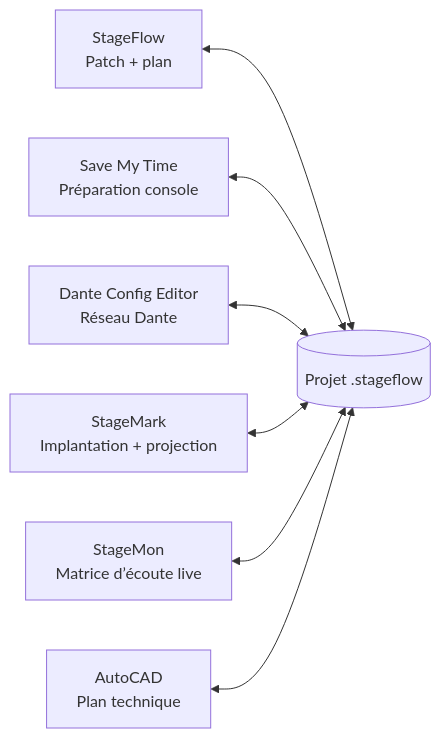
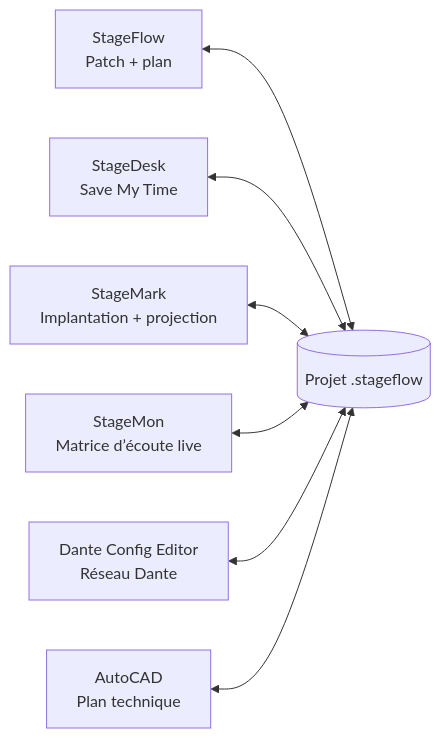
One commit to Mamat79/StageMark changed the diagram in README.md. Above: the diagram before and after it, drawn with Mermaid. The commit also changed other lines of this file and 5 other files, not shown here.

```diff
--- a/README.md
+++ b/README.md
@@ -114,9 +116,9 @@
 ~~~mermaid
 flowchart LR
     SF["StageFlow<br/>Patch + plan"] <--> P[("Projet .stageflow")]
-    SMT["Save My Time<br/>Préparation console"] <--> P
-    DCE["Dante Config Editor<br/>Réseau Dante"] <--> P
+    SMT["StageDesk<br/>Save My Time"] <--> P
     SM["StageMark<br/>Implantation + projection"] <--> P
     MON["StageMon<br/>Matrice d’écoute live"] <--> P
+    DCE["Dante Config Editor<br/>Réseau Dante"] <--> P
     CAD["AutoCAD<br/>Plan technique"] <--> P
 ~~~
```
